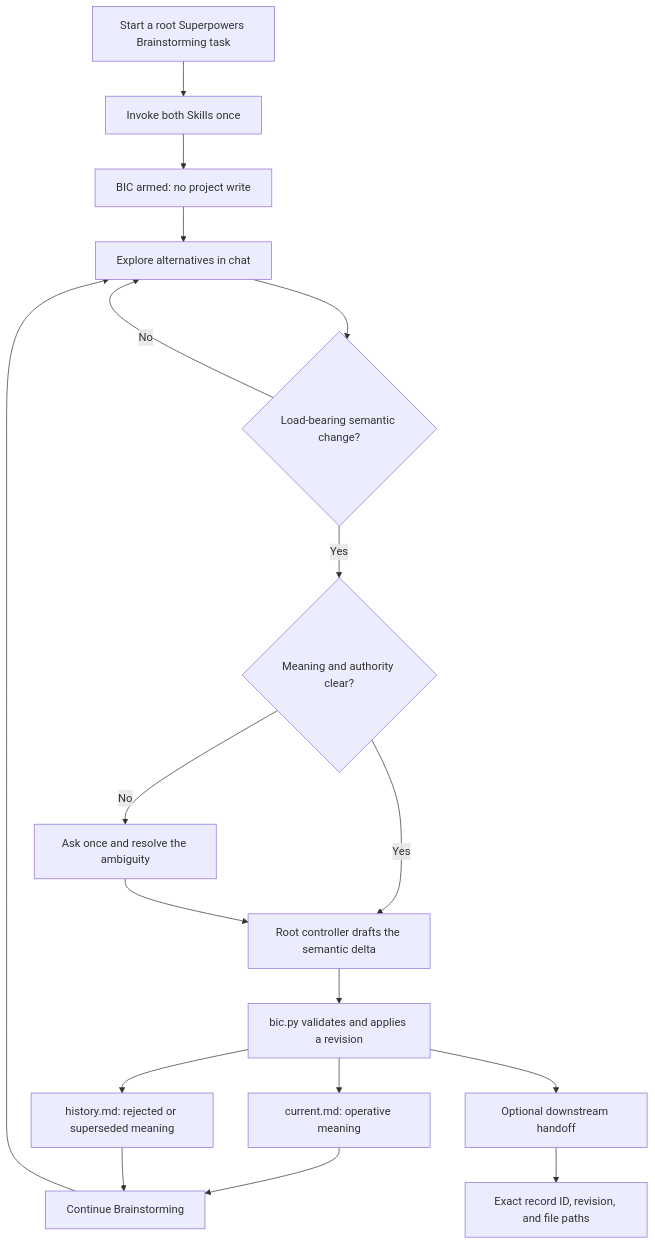
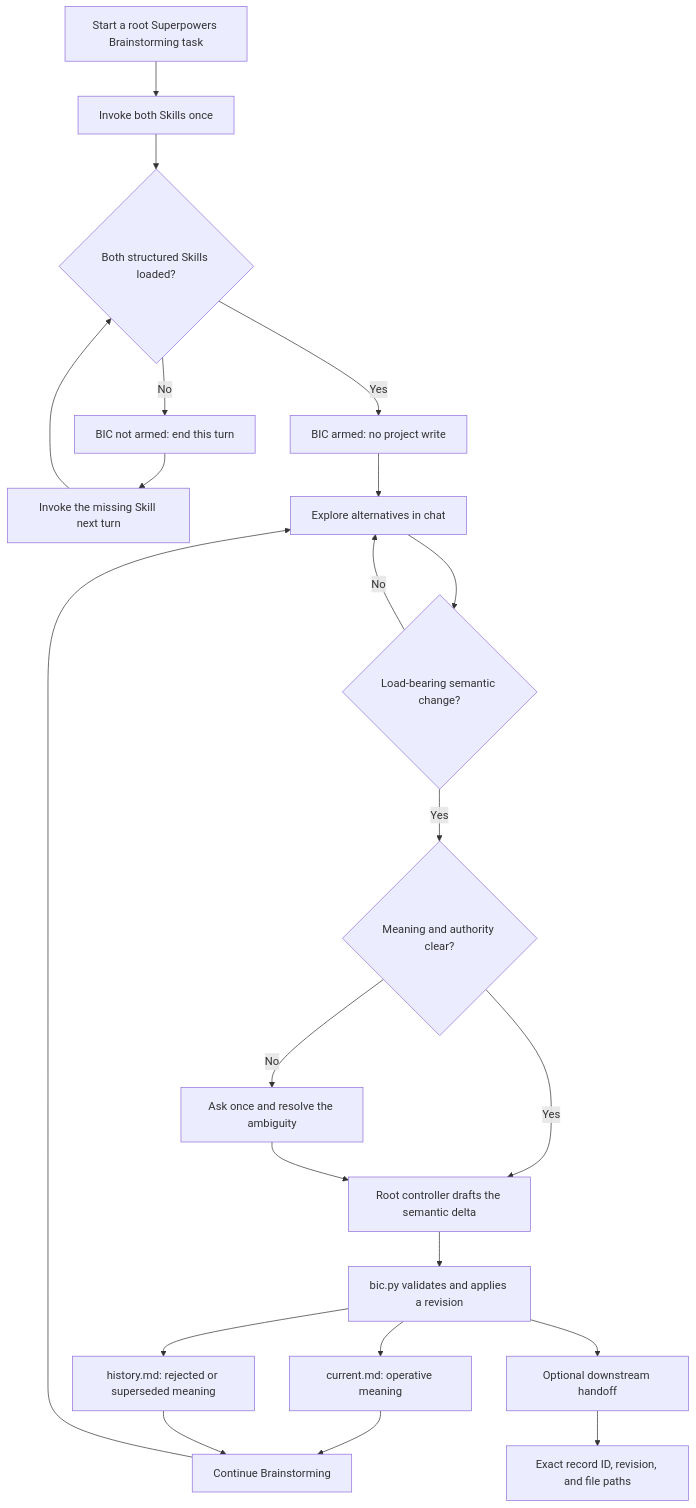
The first of 3 diagrams in README.md (GentleJinqi/Brainstorming-Intent-Continuity), drawn with Mermaid before and after one commit. The commit also changed other lines of this file and 5 other files, not shown here.

````diff
--- a/README.md
+++ b/README.md
@@ -130,20 +142,24 @@
 ```mermaid
 flowchart TD
     A["Start a root Superpowers Brainstorming task"] --> B["Invoke both Skills once"]
-    B --> C["BIC armed: no project write"]
-    C --> D["Explore alternatives in chat"]
-    D --> E{"Load-bearing semantic change?"}
-    E -->|"No"| D
+    B --> C{"Both structured Skills loaded?"}
+    C -->|"No"| C0["BIC not armed: end this turn"]
+    C0 --> C1["Invoke the missing Skill next turn"]
+    C1 --> C
+    C -->|"Yes"| D["BIC armed: no project write"]
+    D --> E0["Explore alternatives in chat"]
+    E0 --> E{"Load-bearing semantic change?"}
+    E -->|"No"| E0
     E -->|"Yes"| F{"Meaning and authority clear?"}
     F -->|"No"| G["Ask once and resolve the ambiguity"]
     F -->|"Yes"| H["Root controller drafts the semantic delta"]
     G --> H
     H --> I["bic.py validates and applies a revision"]
     I --> J["current.md: operative meaning"]
     I --> K["history.md: rejected or superseded meaning"]
     J --> L["Continue Brainstorming"]
     K --> L
-    L --> D
+    L --> E0
     I --> M["Optional downstream handoff"]
     M --> N["Exact record ID, revision, and file paths"]
 ```
````
